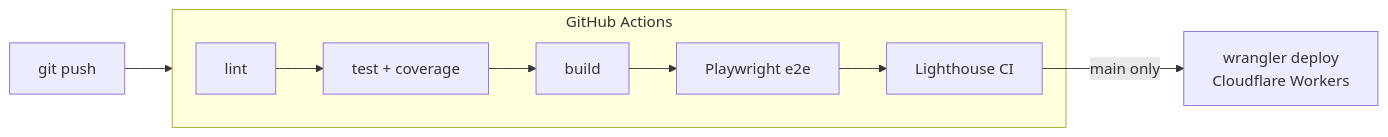
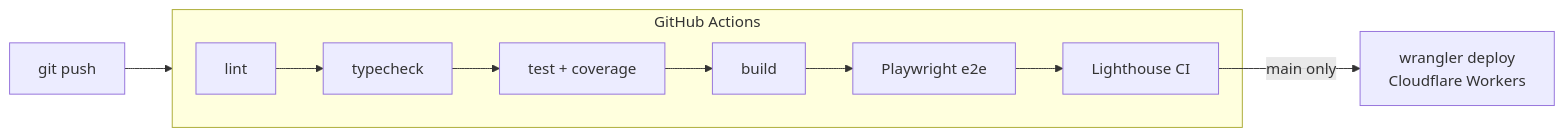
Before and after one commit to po4yka/blog: the third of 3 diagrams in README.md, drawn with Mermaid. The commit also changed 2 other files, not shown here.

Commit message:
chore(ci): add typecheck step and wire it into CI
Add npm run typecheck (tsc --noEmit) and run it between lint and test in
.github/workflows/ci-cd.yml. Update the README CI diagram so the pipeline
documentation matches reality. This closes the process gap that let test
files accumulate type errors under strict options without surfacing any
signal to CI.

````diff
--- a/README.md
+++ b/README.md
@@ -64,13 +64,14 @@
 ```mermaid
 flowchart LR
     PUSH["git push"] --> CI
 
     subgraph CI["GitHub Actions"]
-        L["lint"] --> T["test + coverage"]
+        L["lint"] --> TC["typecheck"]
+        TC --> T["test + coverage"]
         T --> B["build"]
         B --> E["Playwright e2e"]
         E --> LH["Lighthouse CI"]
     end
 
     LH -->|"main only"| DEPLOY["wrangler deploy\nCloudflare Workers"]
 ```
````
